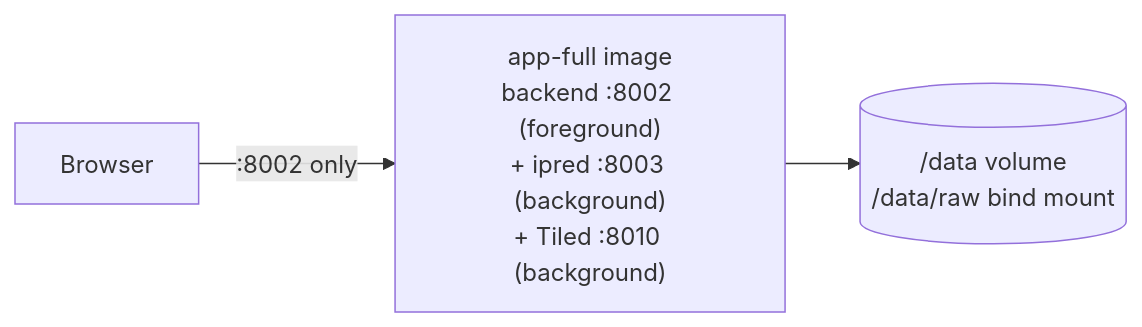
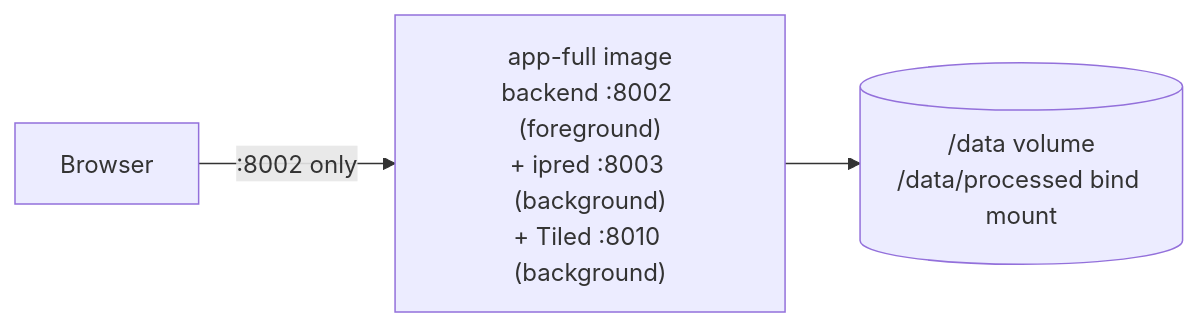
One commit to mlexchange/Segmentation_Annotation_Studio changed the fifth of 14 diagrams in docs/reference/architecture.md. Above: the diagram before and after it, drawn with Mermaid. The commit also changed 24 other files, not shown here.

Commit message:
Auto-discover and register local datasets into Tiled on :local startup. Renamed mounted source directory (/data/raw -> /data/processed). Raise nginx upload size limit. Reorder Dockerfile layers so frontend-only changes don't force a heavy backend rebuild

````diff
--- a/docs/reference/architecture.md
+++ b/docs/reference/architecture.md
@@ -186,9 +186,9 @@
     ```mermaid
     flowchart LR
       Browser["Browser"]
       Container["app-full image<br/>backend :8002 (foreground)<br/>+ ipred :8003 (background)<br/>+ Tiled :8010 (background)"]
-      Volume[("/data volume<br/>/data/raw bind mount")]
+      Volume[("/data volume<br/>/data/processed bind mount")]
 
       Browser -->|":8002 only"| Container
       Container --> Volume
     ```
````
